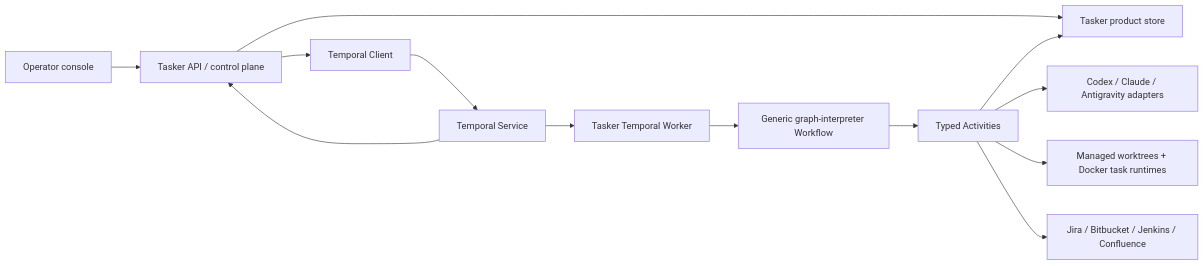
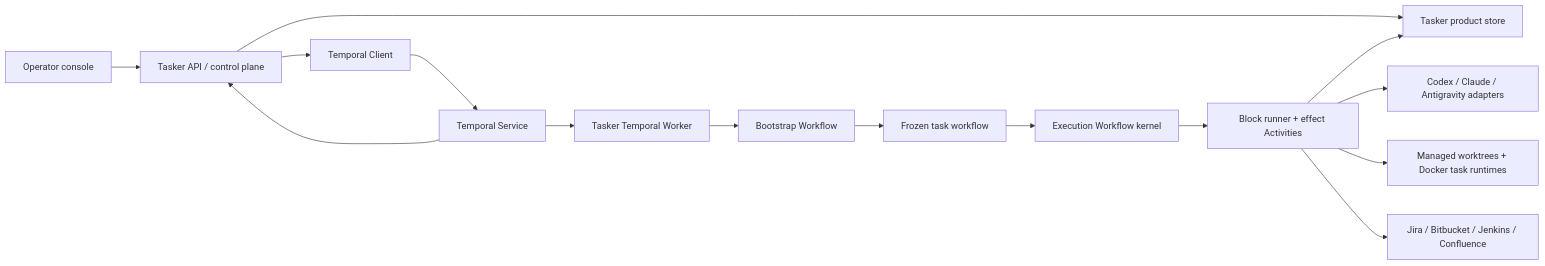
One commit to Muslik/tasker changed the diagram in docs/codex/architecture.md. Above: the diagram before and after it, drawn with Mermaid. The commit also changed other lines of this file and 99 other files, not shown here.

````diff
--- a/docs/codex/architecture.md
+++ b/docs/codex/architecture.md
@@ -61,15 +61,17 @@
 ```mermaid
 flowchart LR
   U["Operator console"] --> API["Tasker API / control plane"]
   API --> DB["Tasker product store"]
   API --> TC["Temporal Client"]
   TC --> TS["Temporal Service"]
   TS --> TW["Tasker Temporal Worker"]
-  TW --> WF["Generic graph-interpreter Workflow"]
-  WF --> ACT["Typed Activities"]
+  TW --> BW["Bootstrap Workflow"]
+  BW --> FW["Frozen task workflow"]
+  FW --> WF["Execution Workflow kernel"]
+  WF --> ACT["Block runner + effect Activities"]
   ACT --> AG["Codex / Claude / Antigravity adapters"]
   ACT --> WT["Managed worktrees + Docker task runtimes"]
   ACT --> EXT["Jira / Bitbucket / Jenkins / Confluence"]
   ACT --> DB
   TS --> API
 ```
````
